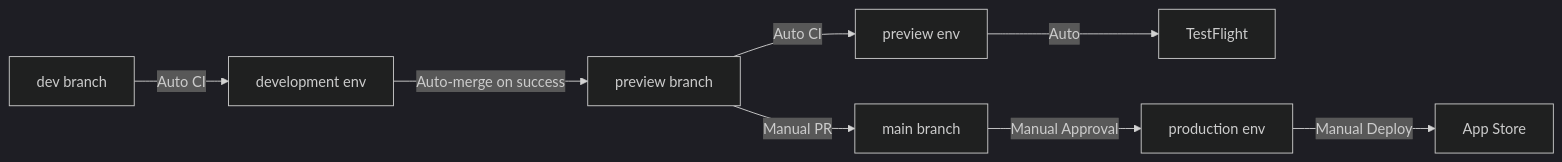
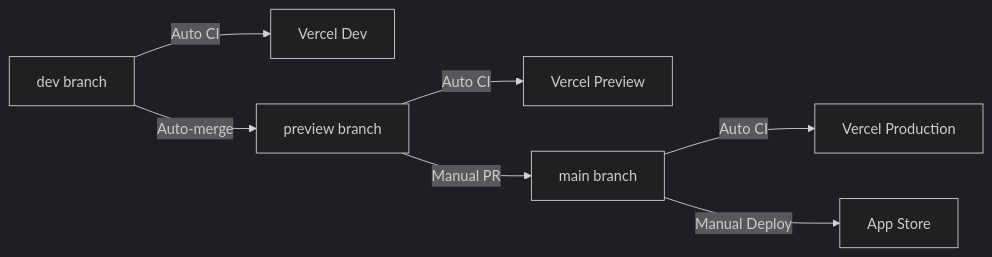
One commit to itstimwhite/LogYourBody changed the diagram in .github/workflows/README.md. Above: the diagram before and after it, drawn with Mermaid (dark theme). The commit also changed other lines of this file and 6 other files, not shown here.

````diff
--- a/.github/workflows/README.md
+++ b/.github/workflows/README.md
@@ -81,10 +51,9 @@
 ```mermaid
 graph LR
-    A[dev branch] -->|Auto CI| B[development env]
-    B -->|Auto-merge on success| C[preview branch]
-    C -->|Auto CI| D[preview env]
-    D -->|Auto| E[TestFlight]
-    C -->|Manual PR| F[main branch]
-    F -->|Manual Approval| G[production env]
-    G -->|Manual Deploy| H[App Store]
+    A[dev branch] -->|Auto CI| B[Vercel Dev]
+    A -->|Auto-merge| C[preview branch]
+    C -->|Auto CI| D[Vercel Preview]
+    C -->|Manual PR| E[main branch]
+    E -->|Auto CI| F[Vercel Production]
+    E -->|Manual Deploy| G[App Store]
 ```
````
